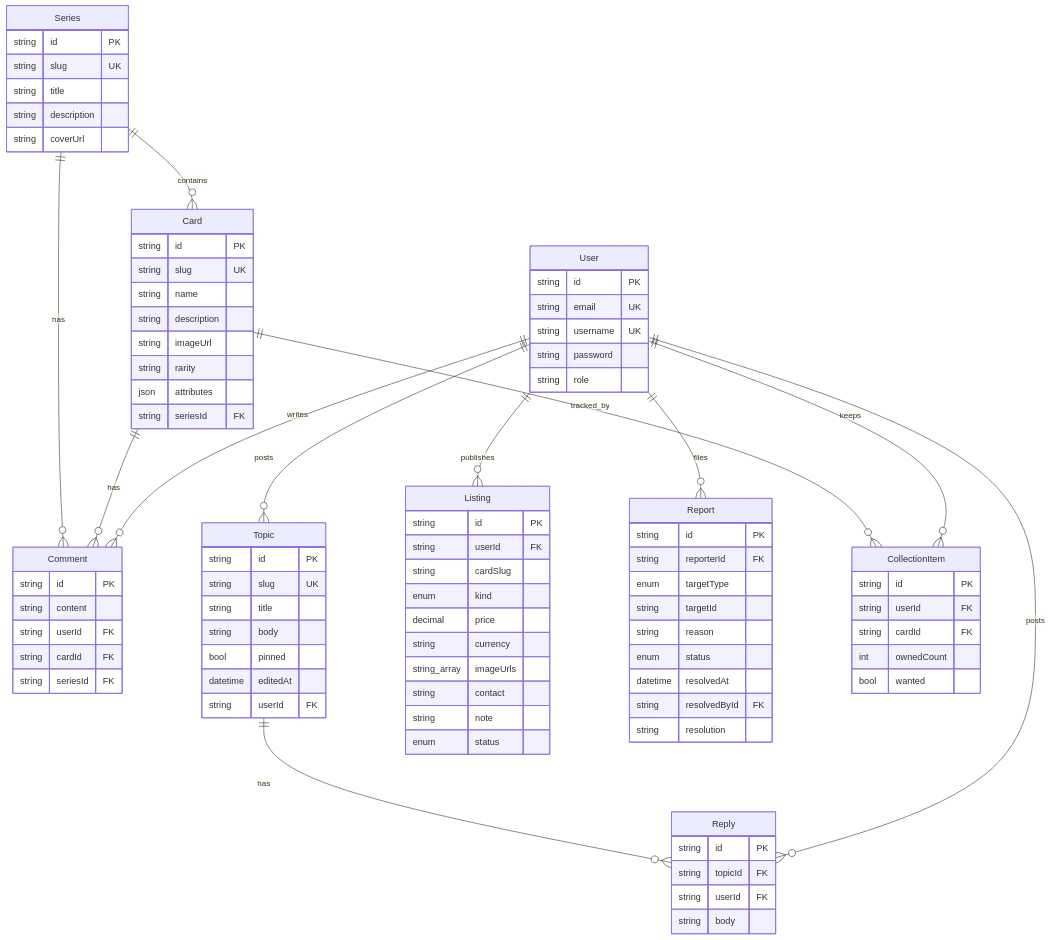
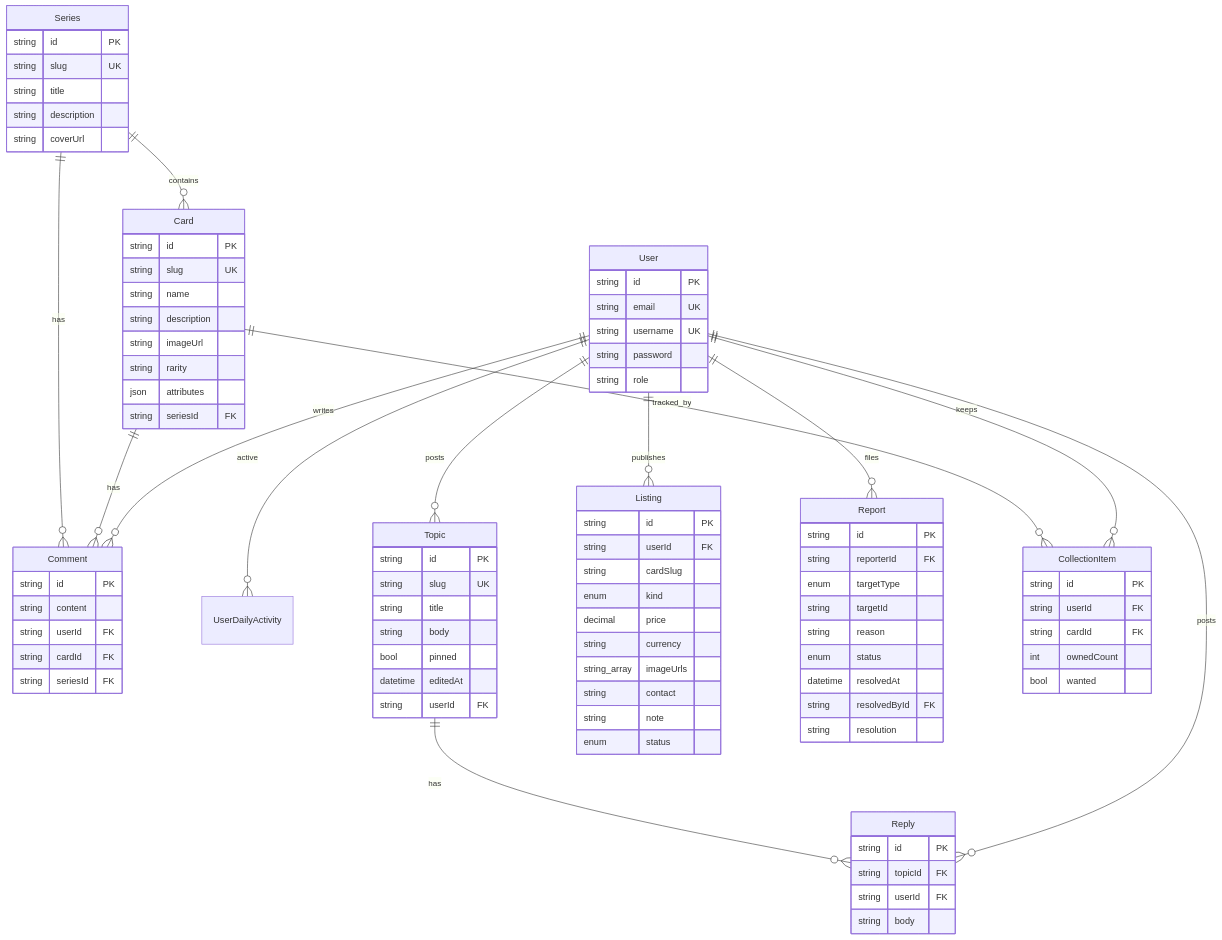
One commit to xv-jiaqi/multi-apps changed the diagram in docs/Cardhub/feature-inventory.md. Above: the diagram before and after it, drawn with Mermaid. The commit also changed other lines of this file and 16 other files, not shown here.

````diff
--- a/docs/Cardhub/feature-inventory.md
+++ b/docs/Cardhub/feature-inventory.md
@@ -245,6 +299,7 @@
 ```mermaid
 erDiagram
   User ||--o{ Comment : writes
+  User ||--o{ UserDailyActivity : active
   User ||--o{ Topic : posts
   User ||--o{ Reply : posts
   User ||--o{ Listing : publishes
````
